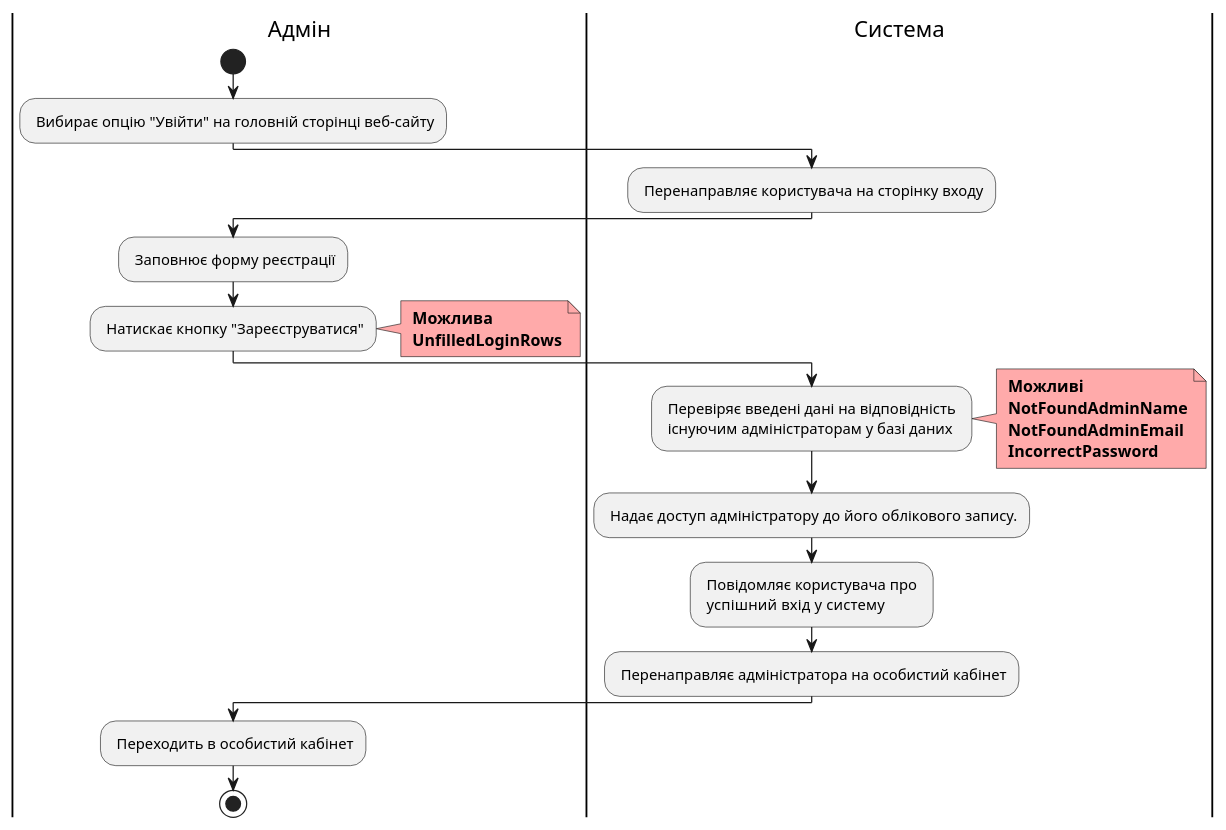
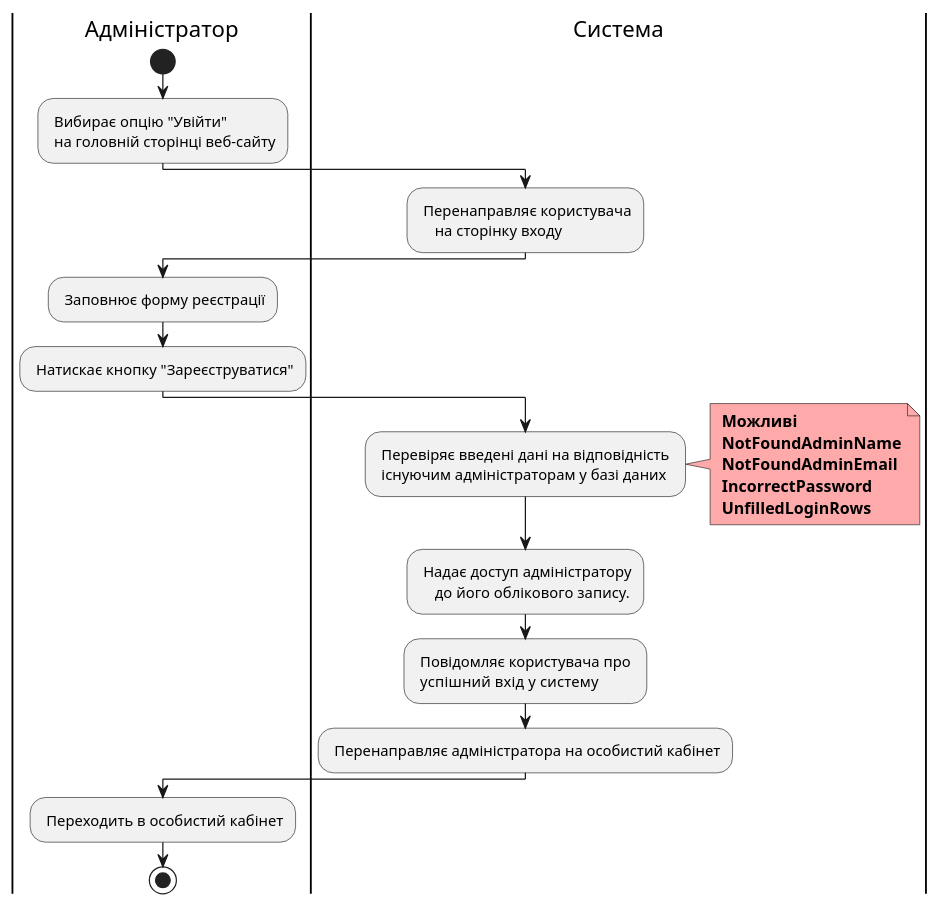
One commit to dimatortik/db-course-theme2 changed the diagram in docs/use cases/puml/use-case-13.puml. Above: the diagram before and after it, drawn with PlantUML. The commit also changed 1 other file, not shown here.

```diff
--- a/docs/use cases/puml/use-case-13.puml
+++ b/docs/use cases/puml/use-case-13.puml
@@ -8,28 +8,27 @@
 @startuml
-    |Адмін|
+    |Адміністратор|
         start;
-        : Вибирає опцію "Увійти" на головній сторінці веб-сайту;
+        : Вибирає опцію "Увійти" \n на головній сторінці веб-сайту;
     |Система|
-        : Перенаправляє користувача на сторінку входу;
-    |Адмін|
+        : Перенаправляє користувача 
+            на сторінку входу;
+    |Адміністратор|
         : Заповнює форму реєстрації;
         : Натискає кнопку "Зареєструватися";
-        note right #FFaaaa
-        <b> Можлива
-        <b> UnfilledLoginRows
-        end note
     |Система|
         : Перевіряє введені дані на відповідність \n існуючим адміністраторам у базі даних;
         note right #FFaaaa
         <b> Можливі
         <b> NotFoundAdminName
         <b> NotFoundAdminEmail
         <b> IncorrectPassword
+        <b> UnfilledLoginRows
         end note
-    : Надає доступ адміністратору до його облікового запису.;
-    : Повідомляє користувача про \n успішний  вхід у систему;
-    : Перенаправляє адміністратора на особистий кабінет;
-    |Адмін|
+        : Надає доступ адміністратору 
+            до його облікового запису.;
+        : Повідомляє користувача про \n успішний  вхід у систему;
+        : Перенаправляє адміністратора на особистий кабінет;
+    |Адміністратор|
         : Переходить в особистий кабінет;
         stop;
 @enduml
```
